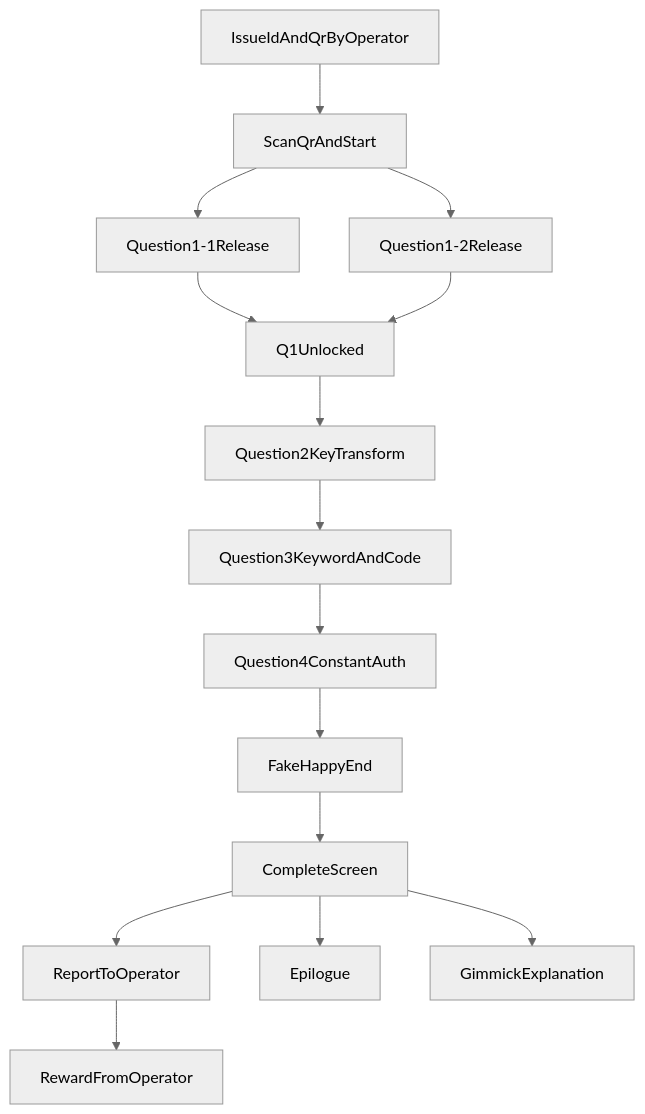
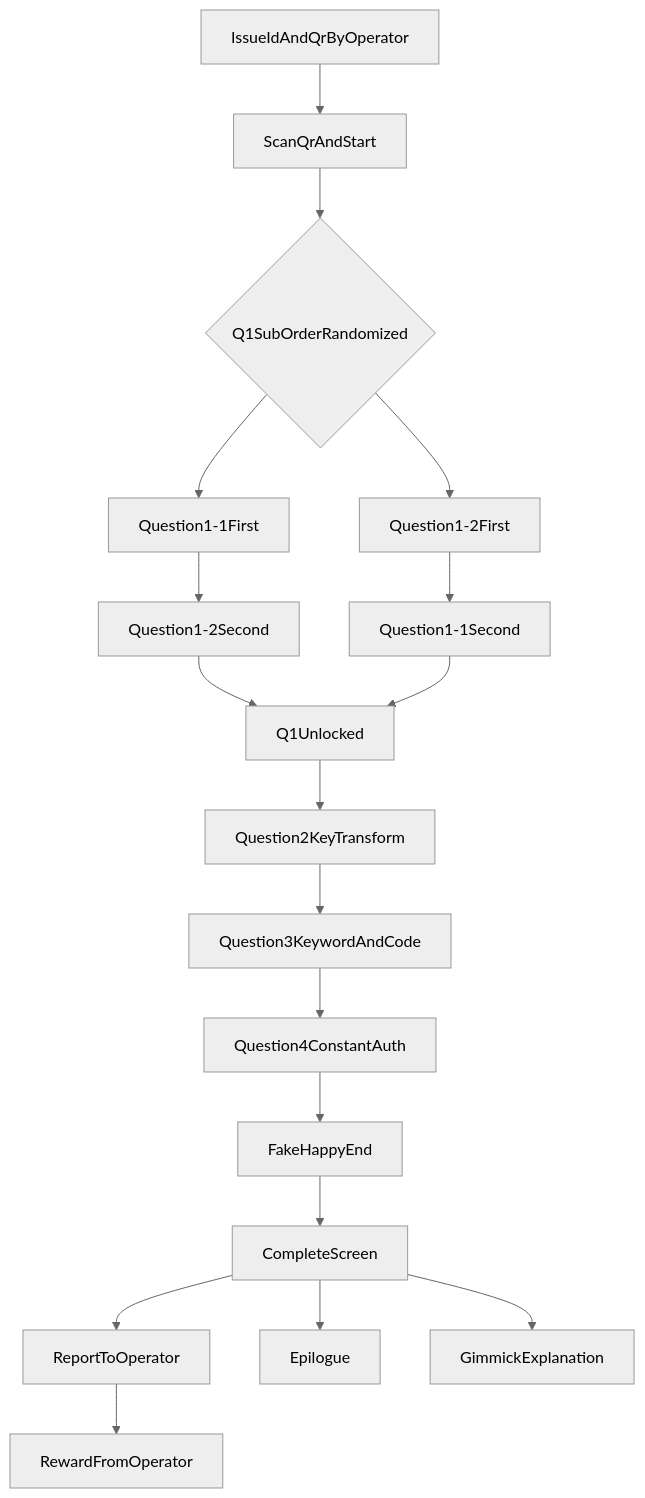
Before and after one commit to Nagomu0128/icho-specs: the diagram in specs.md, drawn with Mermaid (neutral theme). The commit also changed other lines of this file, not shown here.

````diff
--- a/specs.md
+++ b/specs.md
@@ -56,17 +56,20 @@
 ```mermaid
 flowchart TD
 idIssue[IssueIdAndQrByOperator] --> start[ScanQrAndStart]
-start --> q1_1[Question1-1Release]
-start --> q1_2[Question1-2Release]
-q1_1 --> q1[Q1Unlocked]
-q1_2 --> q1[Q1Unlocked]
+start --> q1_order{Q1SubOrderRandomized}
+q1_order --> q1_1_first[Question1-1First]
+q1_order --> q1_2_first[Question1-2First]
+q1_1_first --> q1_2_second[Question1-2Second]
+q1_2_first --> q1_1_second[Question1-1Second]
+q1_2_second --> q1[Q1Unlocked]
+q1_1_second --> q1[Q1Unlocked]
 q1 --> q2[Question2KeyTransform]
 q2 --> q3[Question3KeywordAndCode]
 q3 --> q4[Question4ConstantAuth]
 q4 --> fakeEnd[FakeHappyEnd]
 fakeEnd --> complete[CompleteScreen]
 complete --> report[ReportToOperator]
 report --> reward[RewardFromOperator]
 complete --> epilogue[Epilogue]
 complete --> explain[GimmickExplanation]
 ```
````
